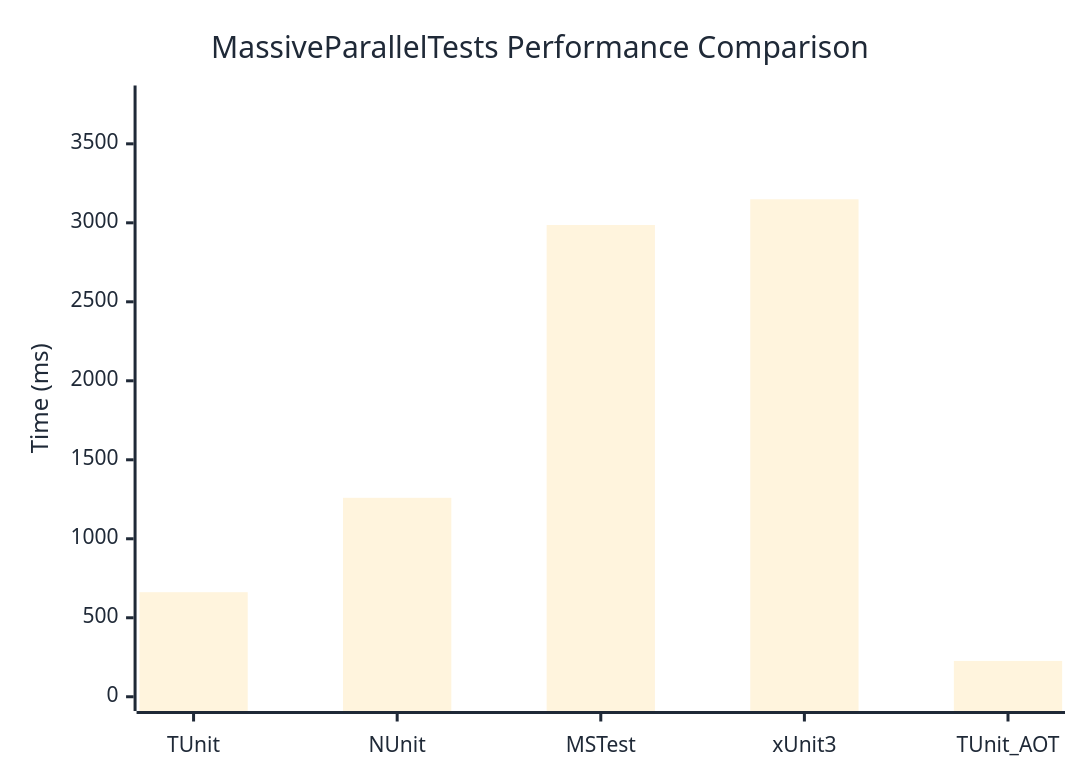
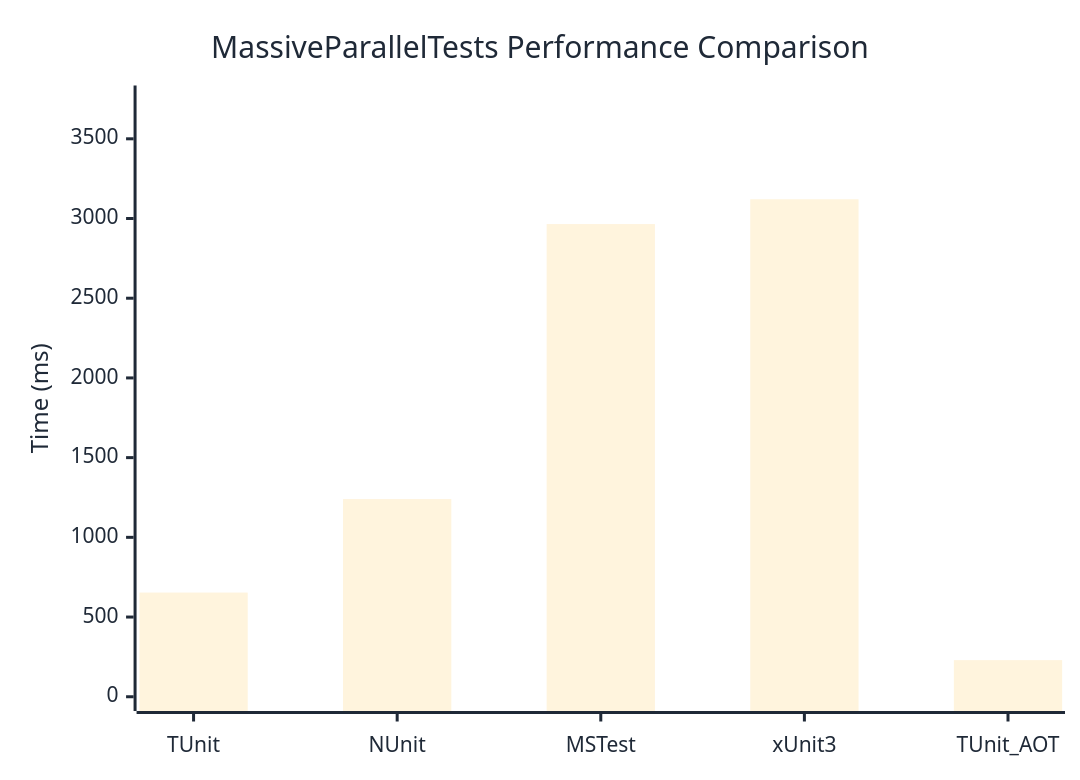
Before and after one commit to thomhurst/TUnit: the diagram in docs/docs/benchmarks/MassiveParallelTests.md, drawn with Mermaid. The commit also changed other lines of this file and 17 other files, not shown here.

````diff
--- a/docs/docs/benchmarks/MassiveParallelTests.md
+++ b/docs/docs/benchmarks/MassiveParallelTests.md
@@ -27,37 +27,37 @@
 ```mermaid
 %%{init: {
   'theme':'base',
   'themeVariables': {
     'primaryColor': '#2563eb',
     'primaryTextColor': '#1f2937',
     'primaryBorderColor': '#1e40af',
     'lineColor': '#6b7280',
     'secondaryColor': '#7c3aed',
     'tertiaryColor': '#dc2626',
     'background': '#ffffff',
     'mainBkg': '#2563eb',
     'secondBkg': '#7c3aed',
     'tertiaryBkg': '#dc2626',
     'clusterBkg': '#f3f4f6',
     'edgeLabelBackground': '#ffffff',
     'tertiaryTextColor': '#1f2937',
     'pie1': '#2563eb',
     'pie2': '#7c3aed',
     'pie3': '#dc2626',
     'pie4': '#f59e0b',
     'pie5': '#10b981',
     'pie6': '#06b6d4',
     'pie7': '#ec4899',
     'pie8': '#6366f1',
     'pie9': '#84cc16',
     'pie10': '#f97316',
     'pie11': '#14b8a6',
     'pie12': '#a855f7'
   }
 }}%%
 xychart-beta
   title "MassiveParallelTests Performance Comparison"
   x-axis ["TUnit", "NUnit", "MSTest", "xUnit3", "TUnit_AOT"]
-  y-axis "Time (ms)" 0 --> 3779
-  bar [661.8, 1259.2, 2986.1, 3149, 226.7]
+  y-axis "Time (ms)" 0 --> 3745
+  bar [653.5, 1240, 2965.1, 3120.8, 229.7]
 ```
````
